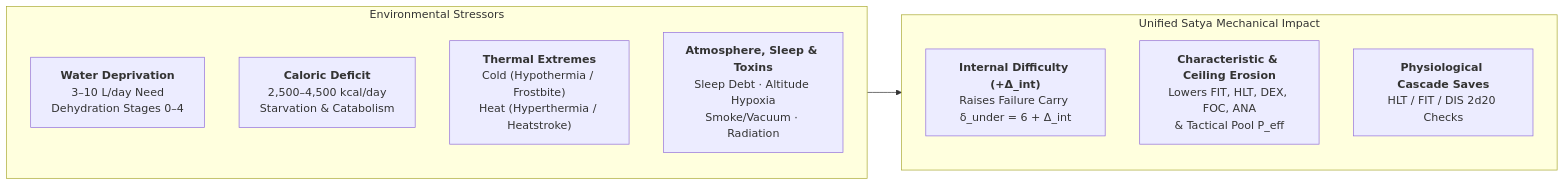
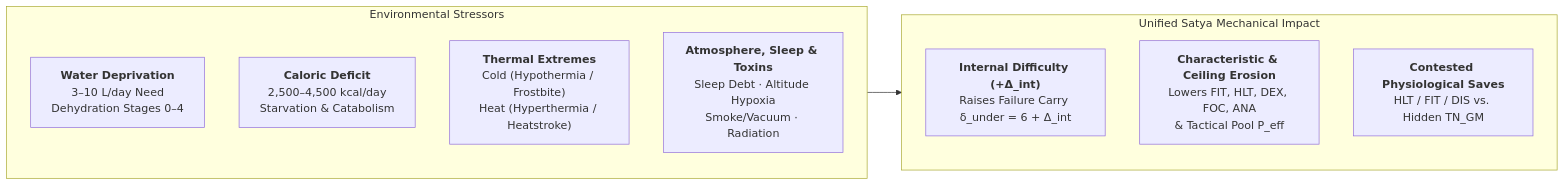
One commit to rarebreed/satya changed the diagram in docs/ttrpg/06-health-and-survival/movement_vehicles_and_environment.md. Above: the diagram before and after it, drawn with Mermaid. The commit also changed other lines of this file and 24 other files, not shown here.

````diff
--- a/docs/ttrpg/06-health-and-survival/movement_vehicles_and_environment.md
+++ b/docs/ttrpg/06-health-and-survival/movement_vehicles_and_environment.md
@@ -138,17 +138,17 @@
 ```mermaid
 flowchart LR
     subgraph Env["Environmental Stressors"]
         Wat["<b>Water Deprivation</b><br/>3–10 L/day Need<br/>Dehydration Stages 0–4"]
         Food["<b>Caloric Deficit</b><br/>2,500–4,500 kcal/day<br/>Starvation & Catabolism"]
         Temp["<b>Thermal Extremes</b><br/>Cold (Hypothermia / Frostbite)<br/>Heat (Hyperthermia / Heatstroke)"]
         Atm["<b>Atmosphere, Sleep & Toxins</b><br/>Sleep Debt · Altitude Hypoxia<br/>Smoke/Vacuum · Radiation"]
     end
 
     subgraph Mech["Unified Satya Mechanical Impact"]
         Int["<b>Internal Difficulty (+Δ_int)</b><br/>Raises Failure Carry δ_under = 6 + Δ_int"]
         Cap["<b>Characteristic & Ceiling Erosion</b><br/>Lowers FIT, HLT, DEX, FOC, ANA<br/>& Tactical Pool P_eff"]
-        Save["<b>Physiological Cascade Saves</b><br/>HLT / FIT / DIS 2d20 Checks"]
+        Save["<b>Contested Physiological Saves</b><br/>HLT / FIT / DIS vs. Hidden TN_GM"]
     end
 
     Env --> Mech
 ```
````
